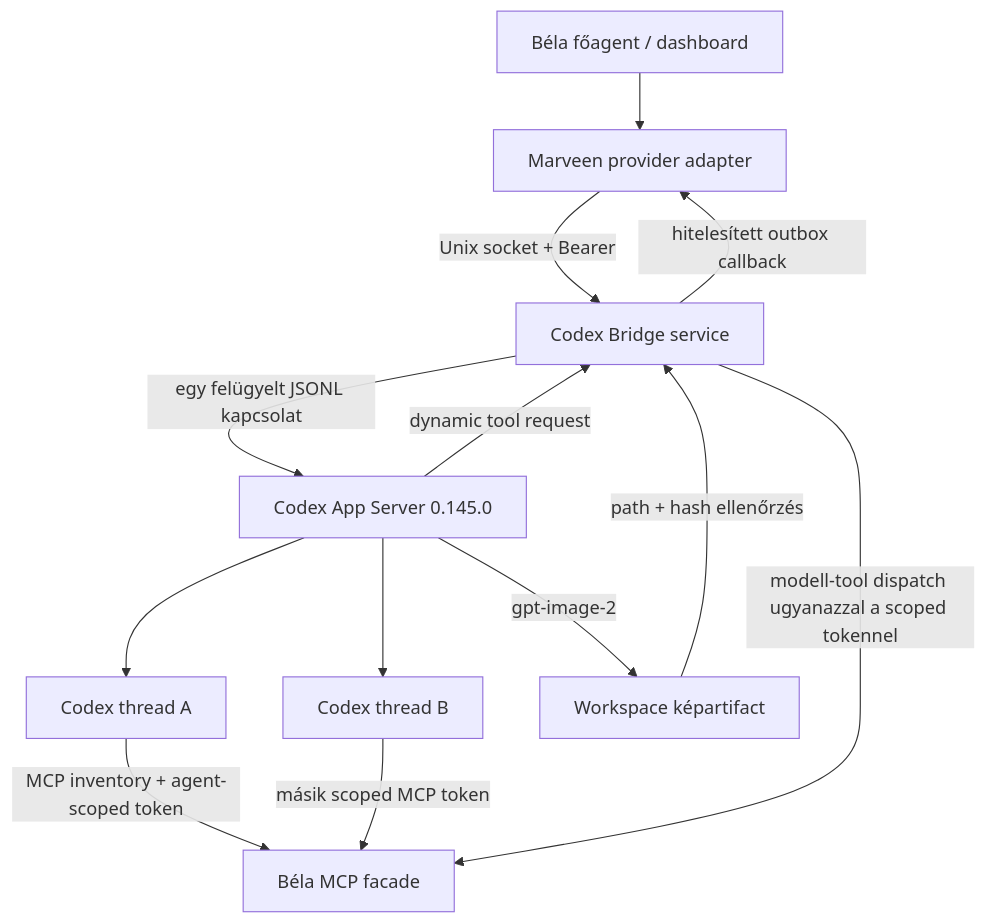
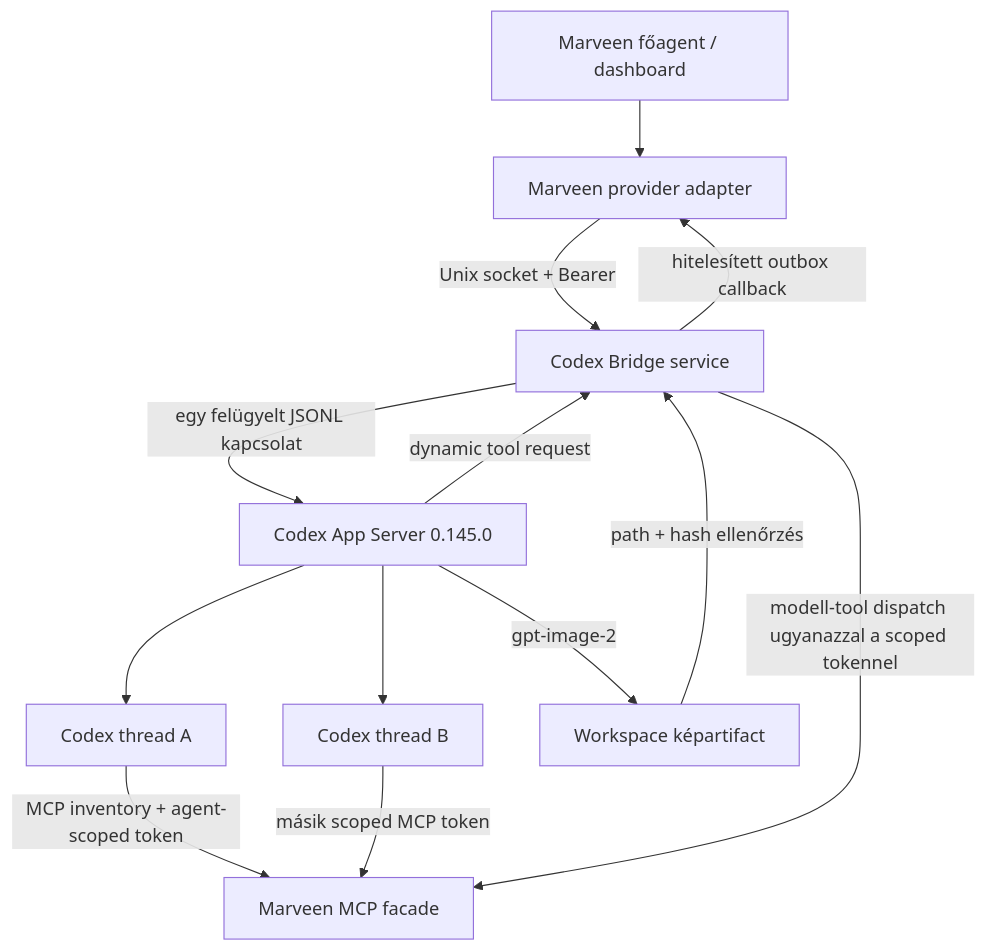
The diagram in README.md (styu01/Marveen-Codex-Bridge), drawn with Mermaid before and after one commit. The commit also changed other lines of this file, not shown here.

Commit message:
Correct Marveen project naming in README

````diff
--- a/README.md
+++ b/README.md
@@ -70,15 +85,15 @@
 ```mermaid
 flowchart TD
-  B["Béla főagent / dashboard"] --> A["Marveen provider adapter"]
+  B["Marveen főagent / dashboard"] --> A["Marveen provider adapter"]
   A -->|"Unix socket + Bearer"| S["Codex Bridge service"]
   S -->|"egy felügyelt JSONL kapcsolat"| C["Codex App Server 0.145.0"]
   C --> T1["Codex thread A"]
   C --> T2["Codex thread B"]
   C -->|"gpt-image-2"| I["Workspace képartifact"]
   C -->|"dynamic tool request"| S
-  T1 -->|"MCP inventory + agent-scoped token"| F["Béla MCP facade"]
+  T1 -->|"MCP inventory + agent-scoped token"| F["Marveen MCP facade"]
   T2 -->|"másik scoped MCP token"| F
   S -->|"modell-tool dispatch ugyanazzal a scoped tokennel"| F
   S -->|"hitelesített outbox callback"| A
   I -->|"path + hash ellenőrzés"| S
 ```
````
